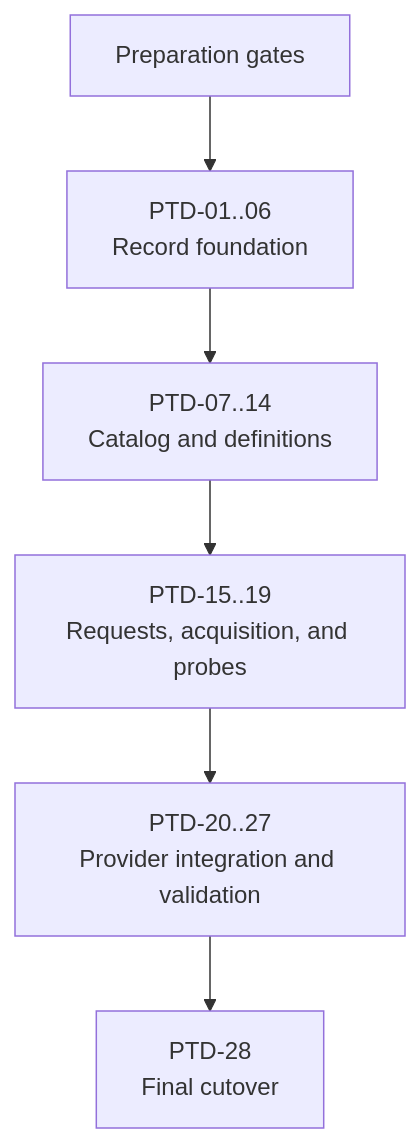
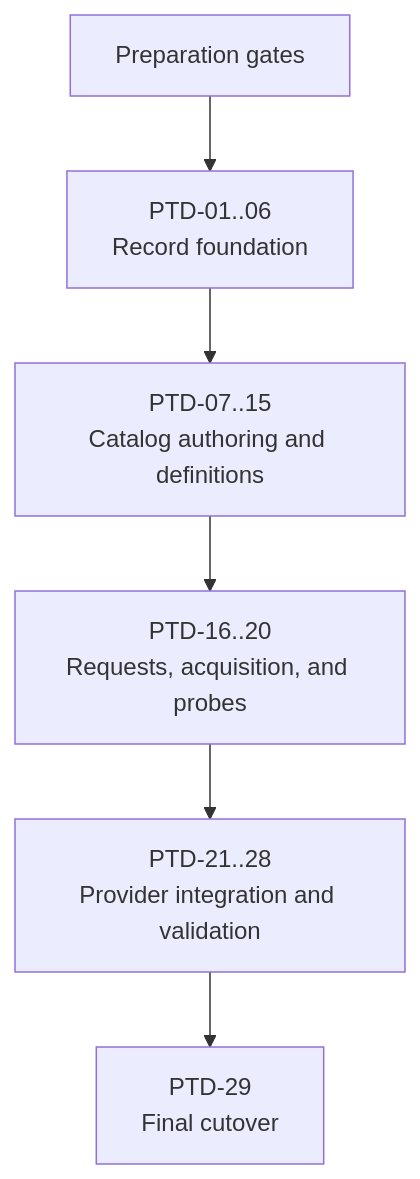
One commit to omry/reploy changed the diagram in docs/PORTABLE_TOOL_DEFINITION_IMPLEMENTATION_PLAN.md. Above: the diagram before and after it, drawn with Mermaid. The commit also changed other lines of this file and 4 other files, not shown here.

````diff
--- a/docs/PORTABLE_TOOL_DEFINITION_IMPLEMENTATION_PLAN.md
+++ b/docs/PORTABLE_TOOL_DEFINITION_IMPLEMENTATION_PLAN.md
@@ -223,8 +228,8 @@
 ```mermaid
 flowchart TD
     PREP["Preparation gates"] --> FOUNDATION["PTD-01..06\nRecord foundation"]
-    FOUNDATION --> CATALOG["PTD-07..14\nCatalog and definitions"]
-    CATALOG --> ACQUIRE["PTD-15..19\nRequests, acquisition, and probes"]
-    ACQUIRE --> PROVIDERS["PTD-20..27\nProvider integration and validation"]
-    PROVIDERS --> FINAL["PTD-28\nFinal cutover"]
+    FOUNDATION --> CATALOG["PTD-07..15\nCatalog authoring and definitions"]
+    CATALOG --> ACQUIRE["PTD-16..20\nRequests, acquisition, and probes"]
+    ACQUIRE --> PROVIDERS["PTD-21..28\nProvider integration and validation"]
+    PROVIDERS --> FINAL["PTD-29\nFinal cutover"]
 ```
````
